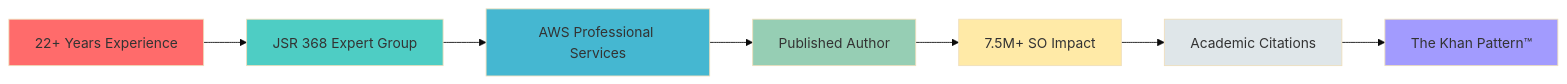
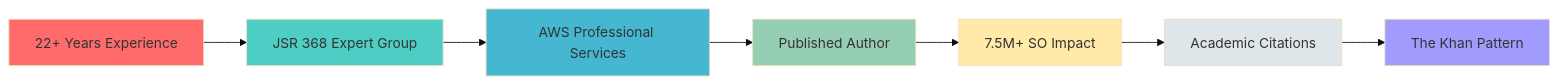
One commit to vaquarkhan/vaquarkhan changed the diagram in README.md. Above: the diagram before and after it, drawn with Mermaid (base theme). The commit also changed other lines of this file, not shown here.

````diff
--- a/README.md
+++ b/README.md
@@ -251,17 +251,17 @@
 ```mermaid
 graph LR
     A[22+ Years Experience] --> B[JSR 368 Expert Group]
     B --> C[AWS Professional Services]
     C --> D[Published Author]
     D --> E[7.5M+ SO Impact]
     E --> F[Academic Citations]
-    F --> G[The Khan Pattern™]
+    F --> G[The Khan Pattern]
     
     style A fill:#ff6b6b
     style B fill:#4ecdc4
     style C fill:#45b7d1
     style D fill:#96ceb4
     style E fill:#ffeaa7
     style F fill:#dfe6e9
     style G fill:#a29bfe
 ```
````
